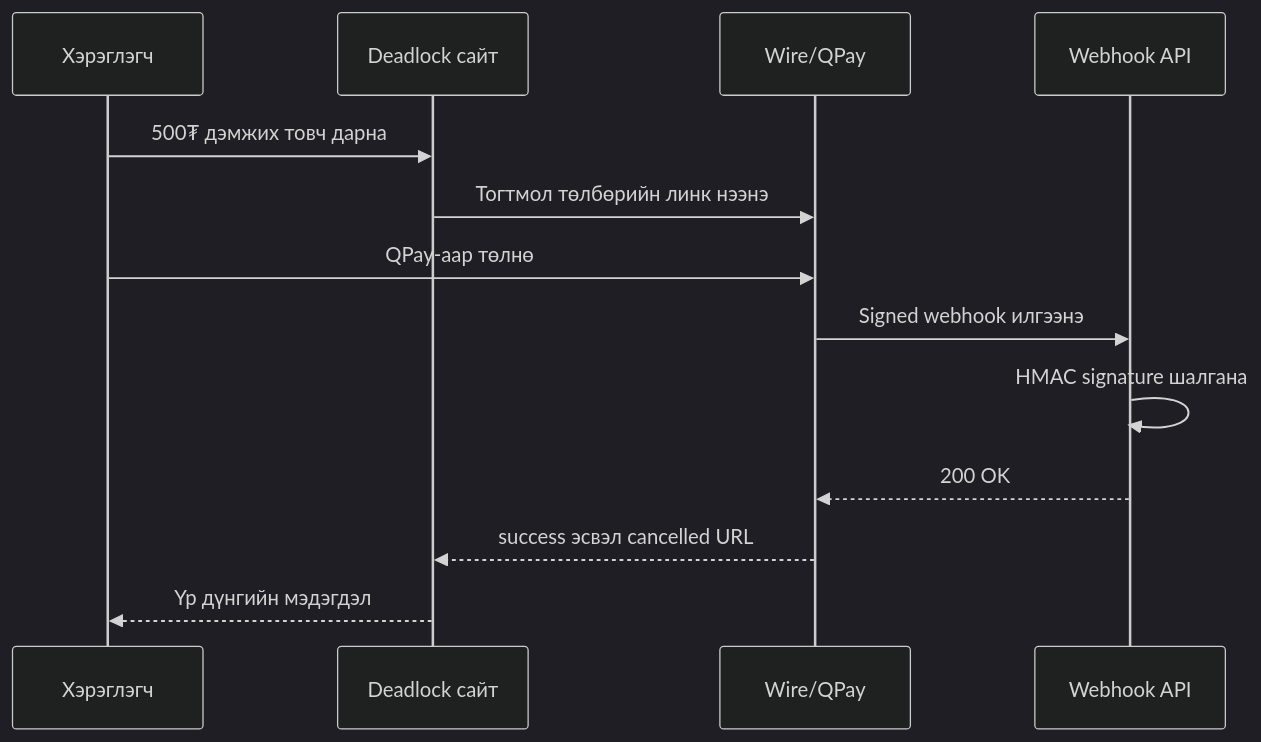
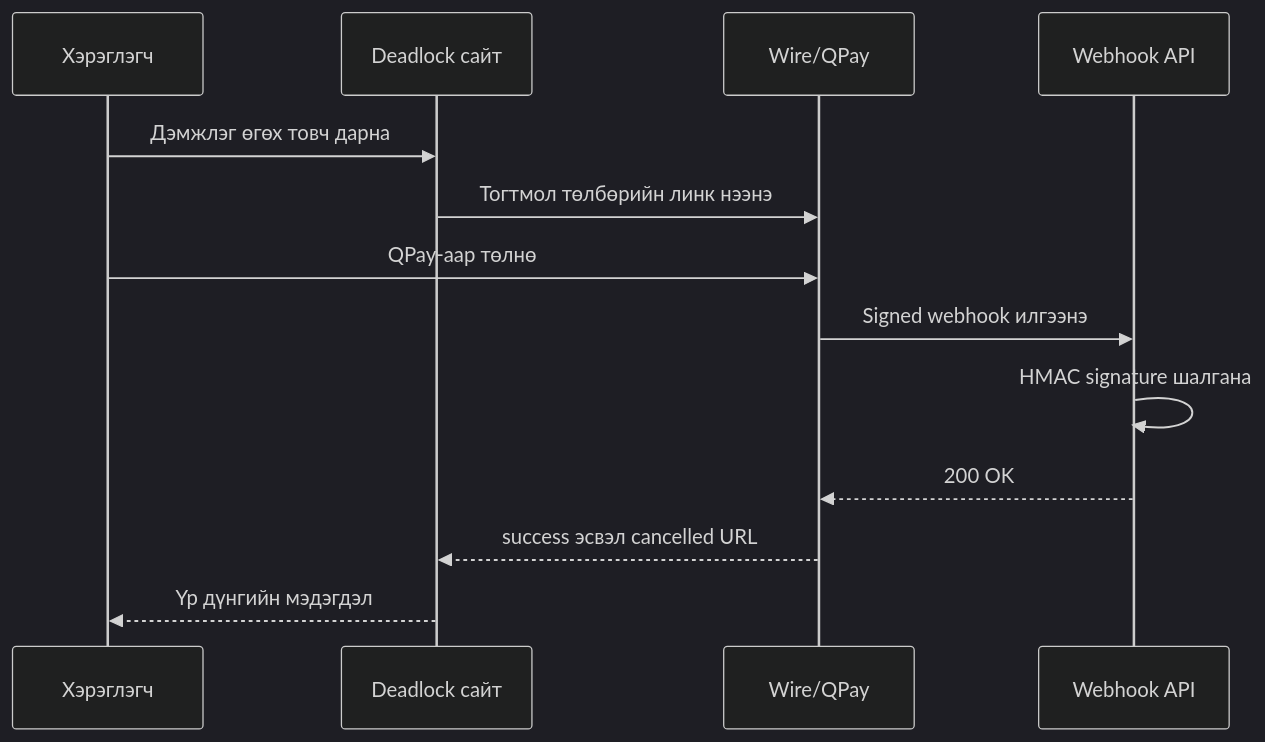
One commit to hosoo123/DeadLock-Mongolia changed the third of 3 diagrams in CODE_EXPLANATION.md. Above: the diagram before and after it, drawn with Mermaid (dark theme). The commit also changed other lines of this file and 2 other files, not shown here.

````diff
--- a/CODE_EXPLANATION.md
+++ b/CODE_EXPLANATION.md
@@ -420,15 +420,15 @@
 ```mermaid
 sequenceDiagram
     participant U as Хэрэглэгч
     participant S as Deadlock сайт
     participant W as Wire/QPay
     participant A as Webhook API
-    U->>S: 500₮ дэмжих товч дарна
+    U->>S: Дэмжлэг өгөх товч дарна
     S->>W: Тогтмол төлбөрийн линк нээнэ
     U->>W: QPay-аар төлнө
     W->>A: Signed webhook илгээнэ
     A->>A: HMAC signature шалгана
     A-->>W: 200 OK
     W-->>S: success эсвэл cancelled URL
     S-->>U: Үр дүнгийн мэдэгдэл
 ```
````
